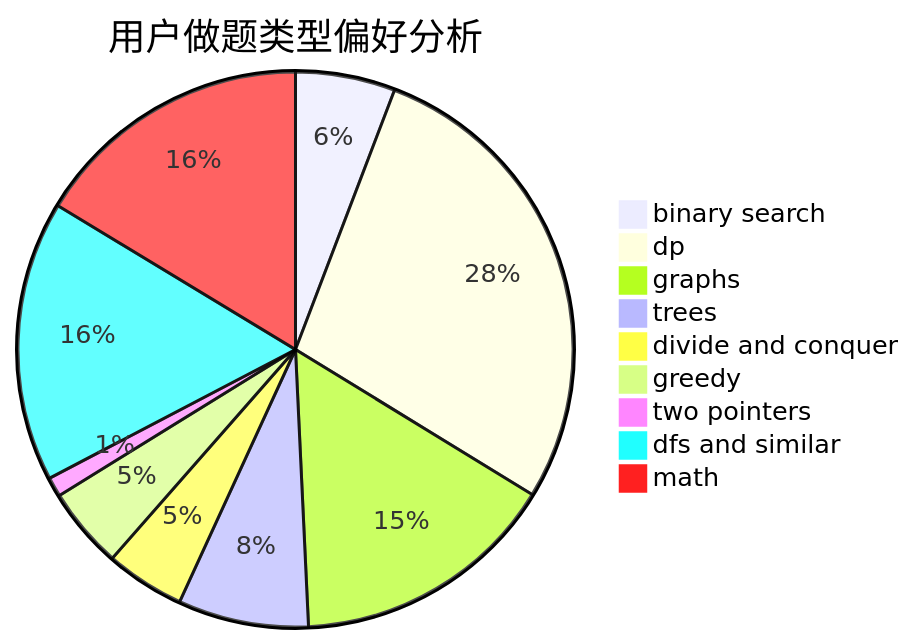
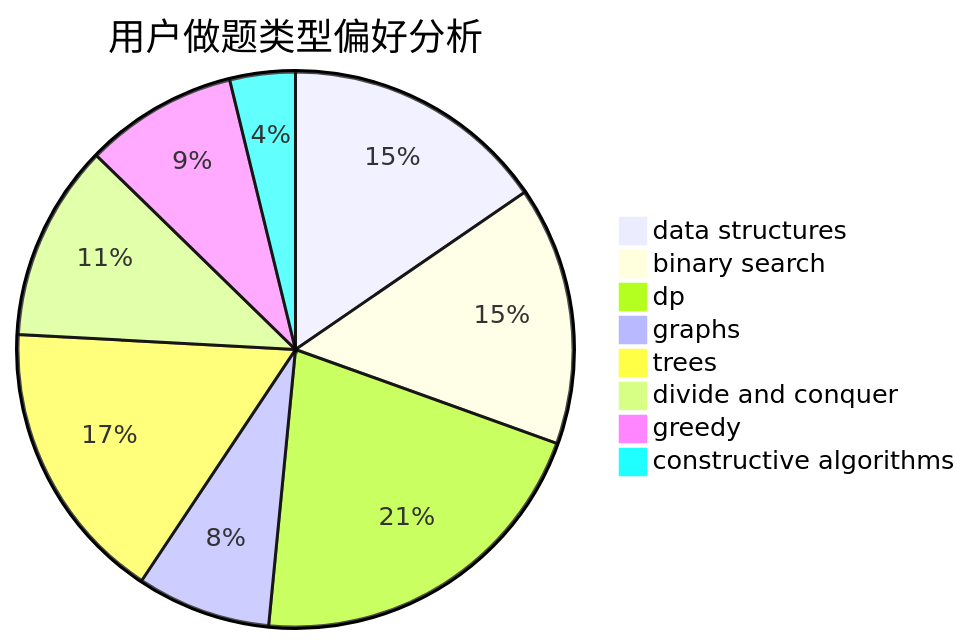
One commit to sherpahu/cfrs.github.io changed the second of 3 diagrams in docs/user/u424.md. Above: the diagram before and after it, drawn with Mermaid. The commit also changed other lines of this file and 2775 other files, not shown here.

````diff
--- a/docs/user/u424.md
+++ b/docs/user/u424.md
@@ -23,12 +23,11 @@
 ```mermaid
 pie title 用户做题类型偏好分析
-    "binary search" :  97
-    "dp" :  467
-    "graphs" :  259
-    "trees" :  127
-    "divide and conquer" :  77
-    "greedy" :  79
-    "two pointers" :  19
-    "dfs and similar" :  273
-    "math" :  273
+    "data structures" :  85
+    "binary search" :  83
+    "dp" :  116
+    "graphs" :  43
+    "trees" :  91
+    "divide and conquer" :  63
+    "greedy" :  49
+    "constructive algorithms" :  21
 ```
````
